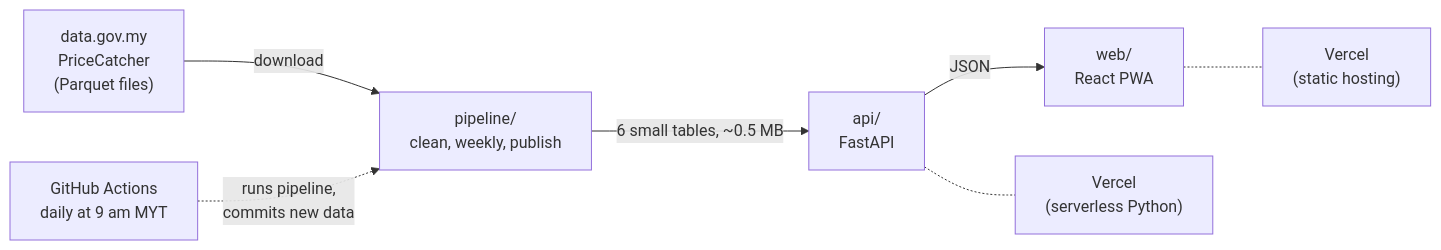
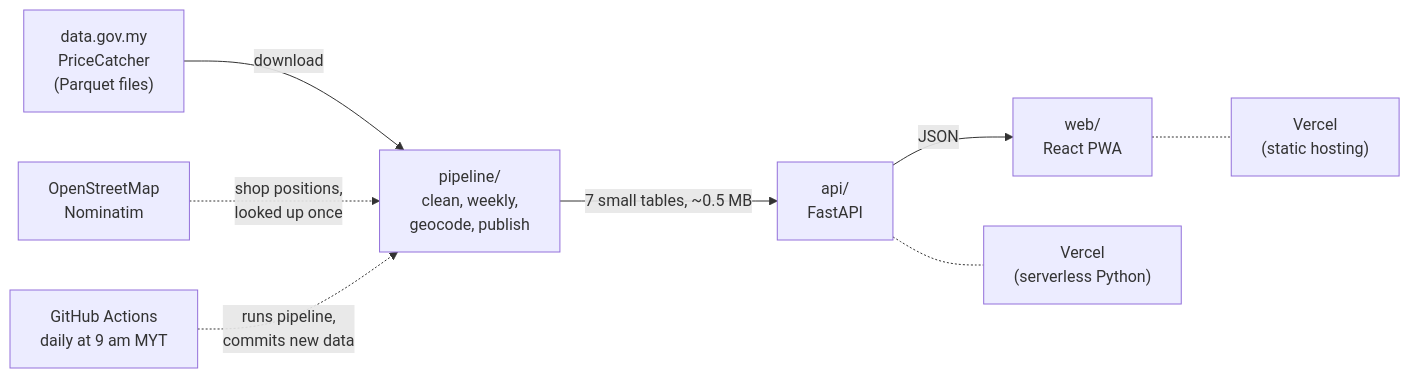
Before and after one commit to HazzyWan/sensen: the diagram in README.md, drawn with Mermaid. The commit also changed other lines of this file, not shown here.

````diff
--- a/README.md
+++ b/README.md
@@ -47,9 +48,10 @@
 ```mermaid
 flowchart LR
-    A["data.gov.my<br/>PriceCatcher<br/>(Parquet files)"] -->|download| B["pipeline/<br/>clean, weekly, publish"]
-    B -->|6 small tables, ~0.5 MB| C["api/<br/>FastAPI"]
+    A["data.gov.my<br/>PriceCatcher<br/>(Parquet files)"] -->|download| B["pipeline/<br/>clean, weekly,<br/>geocode, publish"]
+    H["OpenStreetMap<br/>Nominatim"] -.->|shop positions,<br/>looked up once| B
+    B -->|7 small tables, ~0.5 MB| C["api/<br/>FastAPI"]
     C -->|JSON| D["web/<br/>React PWA"]
     E["GitHub Actions<br/>daily at 9 am MYT"] -.->|runs pipeline,<br/>commits new data| B
     C -.- F["Vercel<br/>(serverless Python)"]
     D -.- G["Vercel<br/>(static hosting)"]
 ```
````
